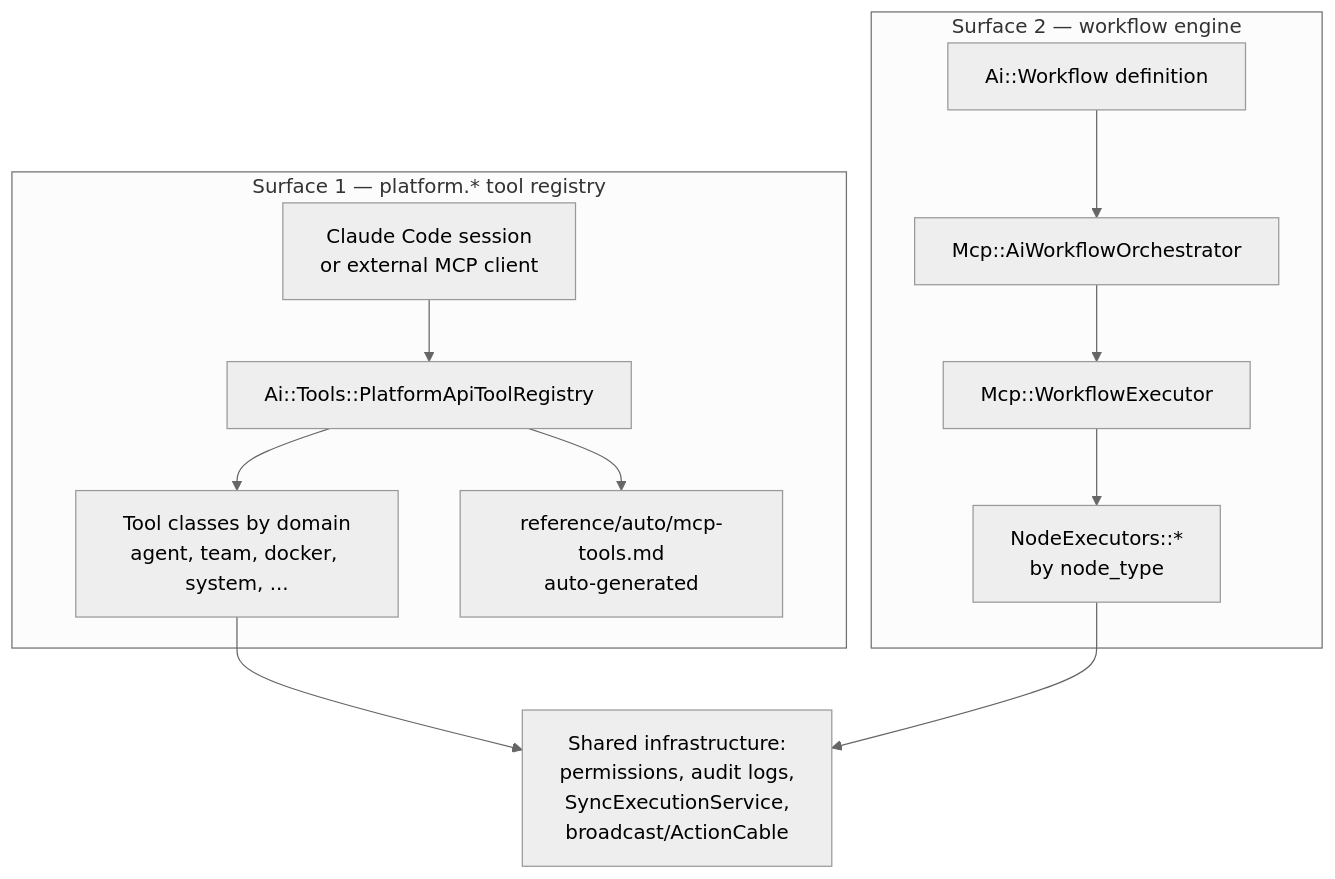
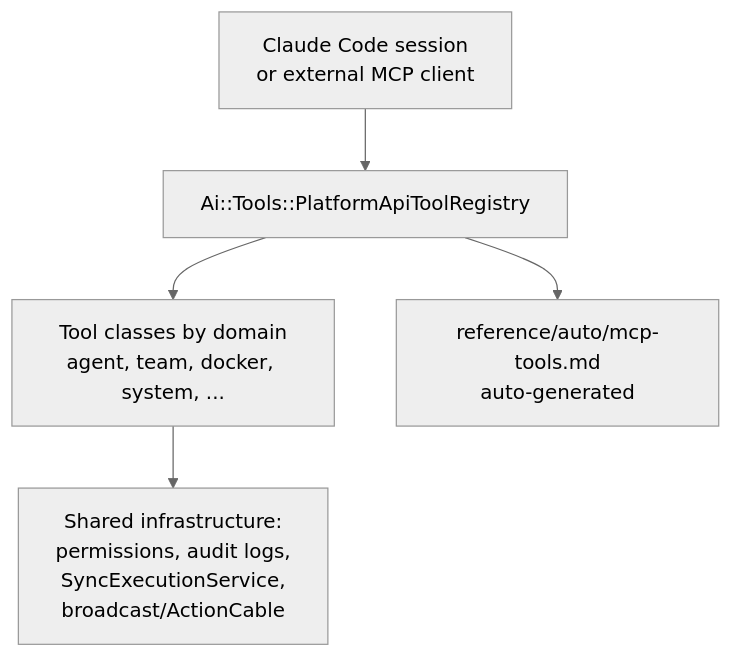
One commit to nodealchemy/powernode-platform changed the diagram in docs/concepts/mcp-and-tools.md. Above: the diagram before and after it, drawn with Mermaid (neutral theme). The commit also changed other lines of this file and 3 other files, not shown here.

First line of the commit message:
docs: purge removed-feature content (AiWorkflow engine + Universal Plugin System)

````diff
--- a/docs/concepts/mcp-and-tools.md
+++ b/docs/concepts/mcp-and-tools.md
@@ -34,27 +29,14 @@
 ```mermaid
 flowchart TB
-    subgraph Surface1["Surface 1 — platform.* tool registry"]
-        Session[Claude Code session<br/>or external MCP client]
-        Registry[Ai::Tools::PlatformApiToolRegistry]
-        Tools[Tool classes by domain<br/>agent, team, docker, system, ...]
-        Catalog[reference/auto/mcp-tools.md<br/>auto-generated]
-    end
-
-    subgraph Surface2["Surface 2 — workflow engine"]
-        Workflow[Ai::Workflow definition]
-        Orch[Mcp::AiWorkflowOrchestrator]
-        Executor[Mcp::WorkflowExecutor]
-        Nodes[NodeExecutors::*<br/>by node_type]
-    end
+    Session[Claude Code session<br/>or external MCP client]
+    Registry[Ai::Tools::PlatformApiToolRegistry]
+    Tools[Tool classes by domain<br/>agent, team, docker, system, ...]
+    Catalog[reference/auto/mcp-tools.md<br/>auto-generated]
 
     Shared[Shared infrastructure:<br/>permissions, audit logs,<br/>SyncExecutionService,<br/>broadcast/ActionCable]
 
     Session --> Registry
     Registry --> Tools
     Registry --> Catalog
-    Workflow --> Orch
-    Orch --> Executor
-    Executor --> Nodes
     Tools --> Shared
-    Nodes --> Shared
 ```
````
